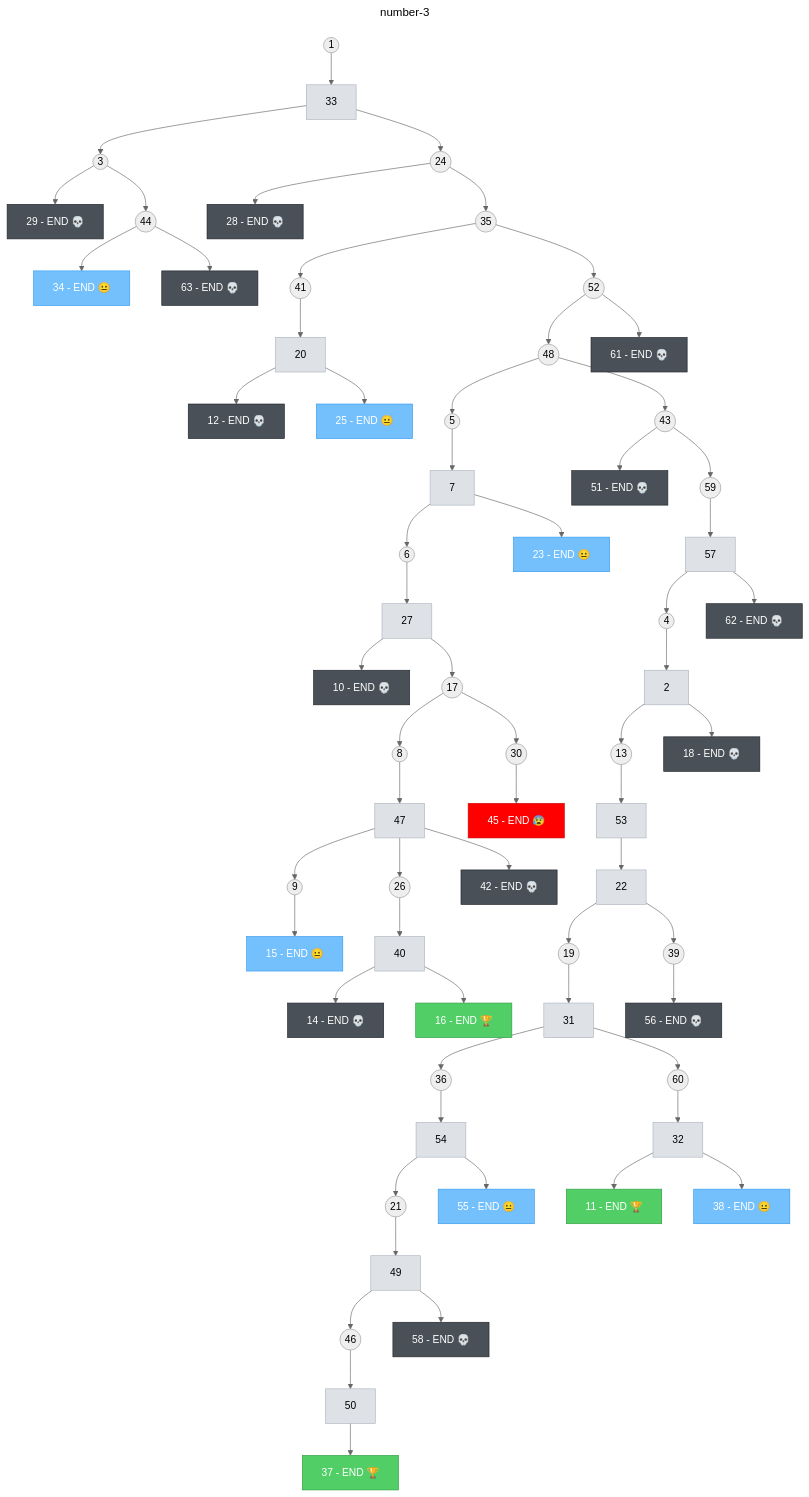
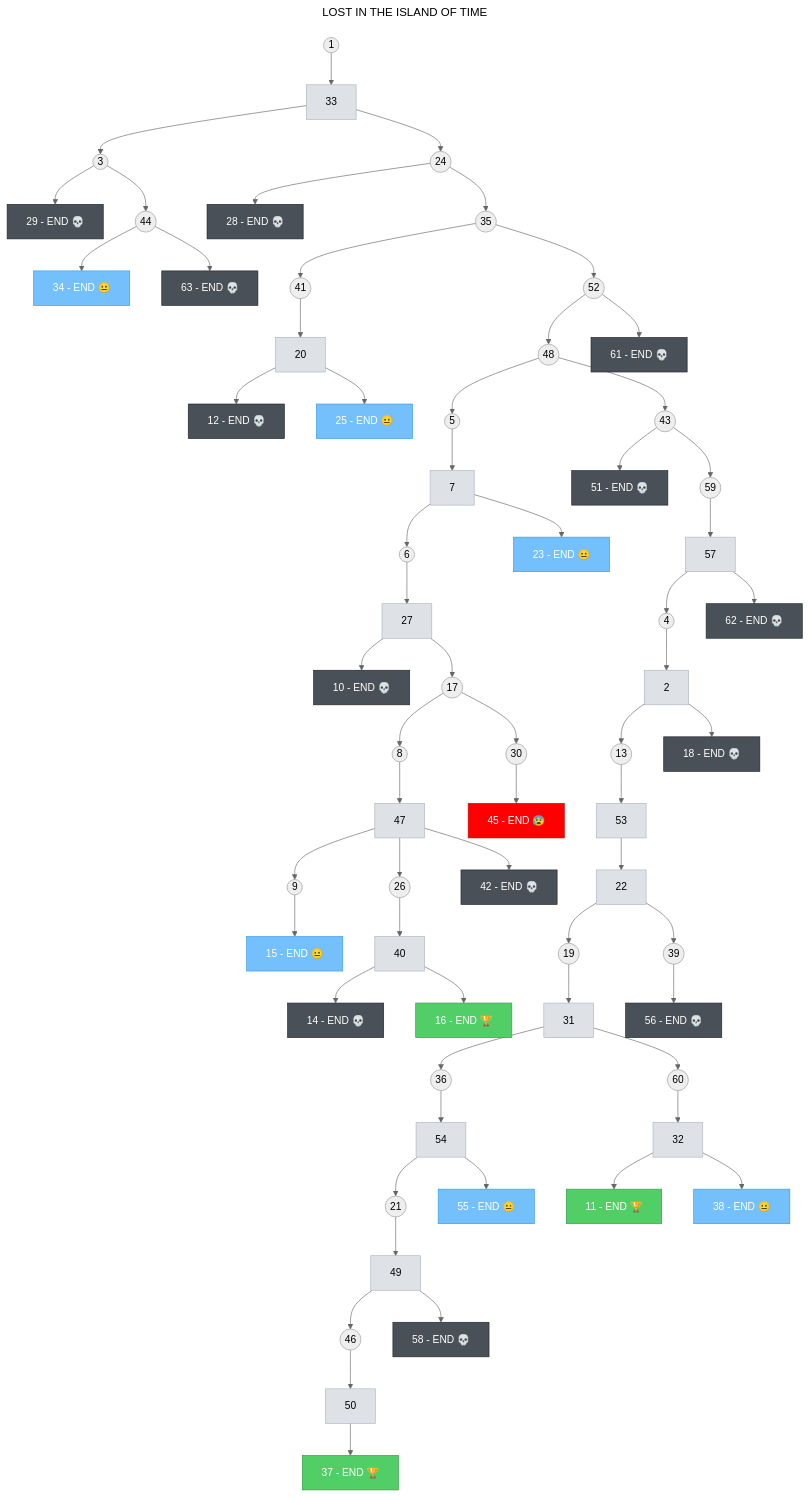
The diagram in number-3/output/structure.mmd (nicodevs/can-claude-code-write-a-good-choose-your-own-adventure-book), drawn with Mermaid (neutral theme) before and after one commit. The commit also changed 3 other files, not shown here.

Commit message:
Show book title in Mermaid files

```diff
--- a/number-3/output/structure.mmd
+++ b/number-3/output/structure.mmd
@@ -1,141 +1,141 @@
 ---
-title: number-3
+title: LOST IN THE ISLAND OF TIME
 ---
 flowchart TD
     1((1))
     2[2]:::transition
     3((3))
     4((4))
     5((5))
     6((6))
     7[7]:::transition
     8((8))
     9((9))
     10[10 - END 💀]:::death
     11[11 - END 🏆]:::good
     12[12 - END 💀]:::death
     13((13))
     14[14 - END 💀]:::death
     15[15 - END 😐]:::neutral
     16[16 - END 🏆]:::good
     17((17))
     18[18 - END 💀]:::death
     19((19))
     20[20]:::transition
     21((21))
     22[22]:::transition
     23[23 - END 😐]:::neutral
     24((24))
     25[25 - END 😐]:::neutral
     26((26))
     27[27]:::transition
     28[28 - END 💀]:::death
     29[29 - END 💀]:::death
     30((30))
     31[31]:::transition
     32[32]:::transition
     33[33]:::transition
     34[34 - END 😐]:::neutral
     35((35))
     36((36))
     37[37 - END 🏆]:::good
     38[38 - END 😐]:::neutral
     39((39))
     40[40]:::transition
     41((41))
     42[42 - END 💀]:::death
     43((43))
     44((44))
     45[45 - END 😰]:::bad
     46((46))
     47[47]:::transition
     48((48))
     49[49]:::transition
     50[50]:::transition
     51[51 - END 💀]:::death
     52((52))
     53[53]:::transition
     54[54]:::transition
     55[55 - END 😐]:::neutral
     56[56 - END 💀]:::death
     57[57]:::transition
     58[58 - END 💀]:::death
     59((59))
     60((60))
     61[61 - END 💀]:::death
     62[62 - END 💀]:::death
     63[63 - END 💀]:::death
     1 --> 33
     2 --> 13
     2 --> 18
     3 --> 29
     3 --> 44
     4 --> 2
     5 --> 7
     6 --> 27
     7 --> 6
     7 --> 23
     8 --> 47
     9 --> 15
     13 --> 53
     17 --> 8
     17 --> 30
     19 --> 31
     20 --> 12
     20 --> 25
     21 --> 49
     22 --> 19
     22 --> 39
     24 --> 28
     24 --> 35
     26 --> 40
     27 --> 10
     27 --> 17
     30 --> 45
     31 --> 36
     31 --> 60
     32 --> 11
     32 --> 38
     33 --> 3
     33 --> 24
     35 --> 41
     35 --> 52
     36 --> 54
     39 --> 56
     40 --> 14
     40 --> 16
     41 --> 20
     43 --> 51
     43 --> 59
     44 --> 34
     44 --> 63
     46 --> 50
     47 --> 9
     47 --> 26
     47 --> 42
     48 --> 5
     48 --> 43
     49 --> 46
     49 --> 58
     50 --> 37
     52 --> 48
     52 --> 61
     53 --> 22
     54 --> 21
     54 --> 55
     57 --> 4
     57 --> 62
     59 --> 57
     60 --> 32
 
     classDef ending fill:#ff6b6b,stroke:#c92a2a,color:#fff
     classDef death fill:#495057,stroke:#212529,color:#fff
     classDef good fill:#51cf66,stroke:#2f9e44,color:#fff
     classDef bad fill:#ff0000,stroke:#cc0000,color:#fff
     classDef neutral fill:#74c0fc,stroke:#339af0,color:#fff
     classDef orphan fill:#ffd43b,stroke:#fab005,color:#000
     classDef convergent fill:#9775fa,stroke:#7048e8,color:#fff
     classDef convergent_end fill:#e599f7,stroke:#be4bdb,color:#000
     classDef transition fill:#dee2e6,stroke:#adb5bd,color:#000
 
     %% 63 pages, 62 edges, 23 endings, 0 orphaned, 0 convergent
```
